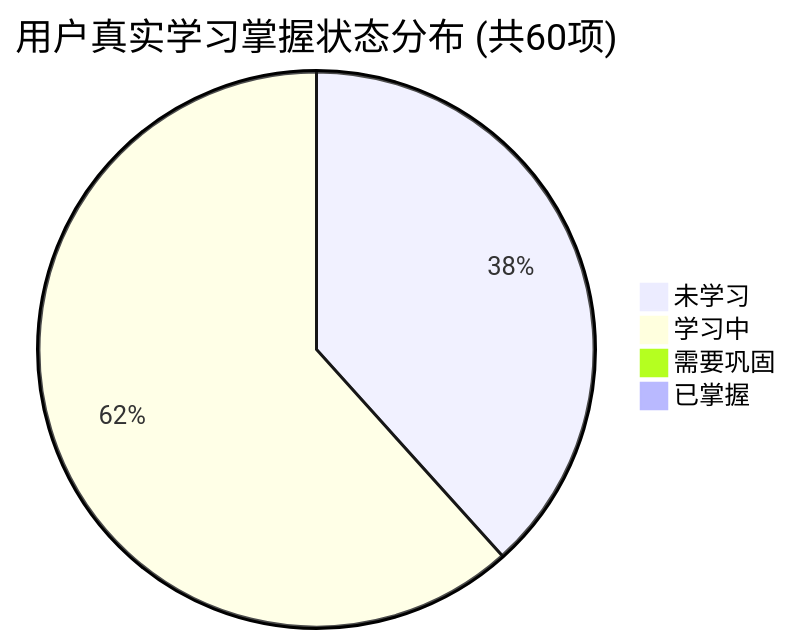
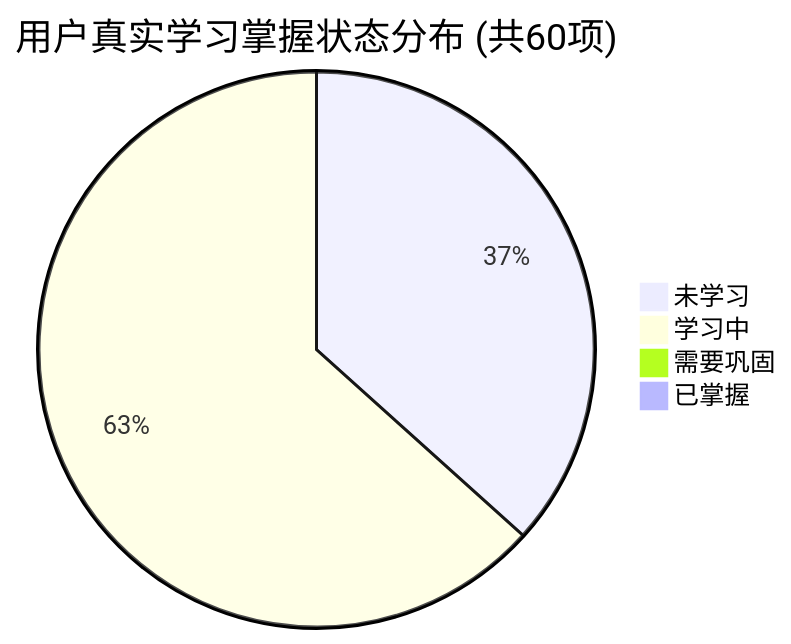
The first of 2 diagrams in PROGRESS.md (tieke1121/tech-interview-knowledge-base), drawn with Mermaid before and after one commit. The commit also changed other lines of this file and 1 other file, not shown here.

````diff
--- a/PROGRESS.md
+++ b/PROGRESS.md
@@ -27,7 +27,7 @@
 ```mermaid
 pie title 用户真实学习掌握状态分布 (共60项)
-    "未学习" : 23
-    "学习中" : 37
+    "未学习" : 22
+    "学习中" : 38
     "需要巩固" : 0
     "已掌握" : 0
 ```
````
